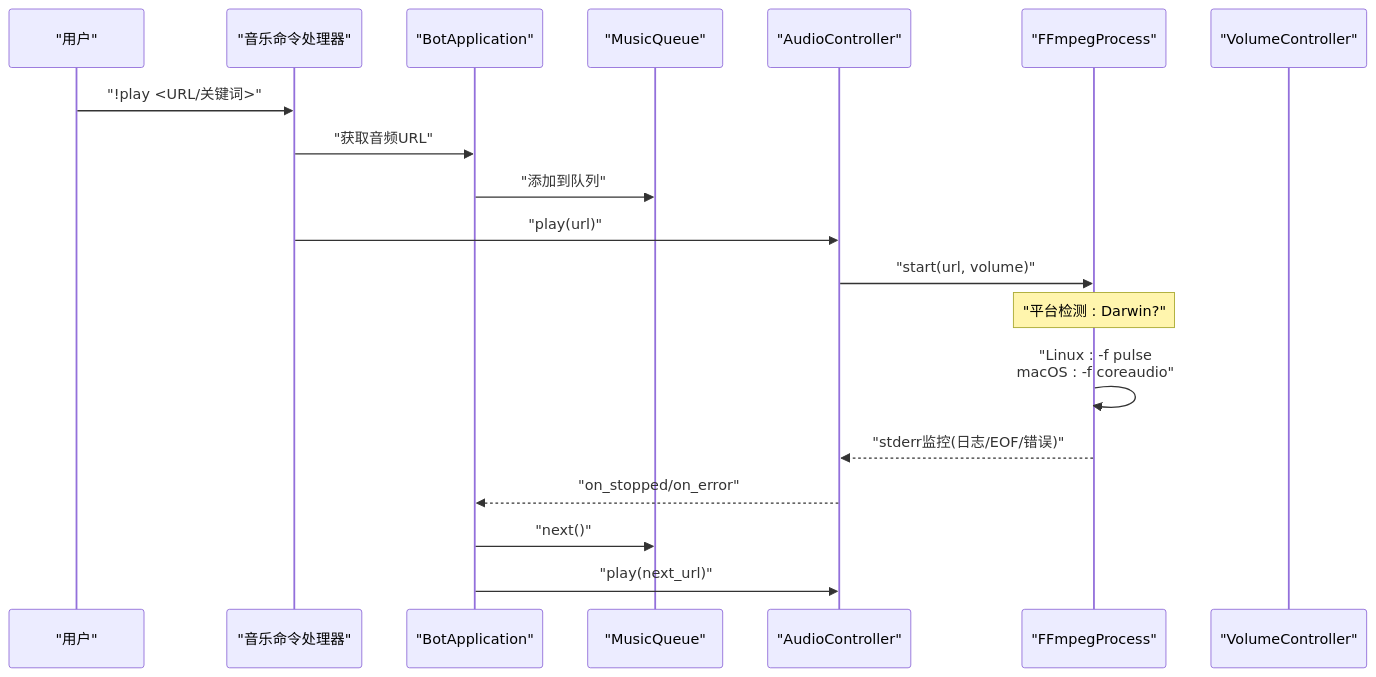
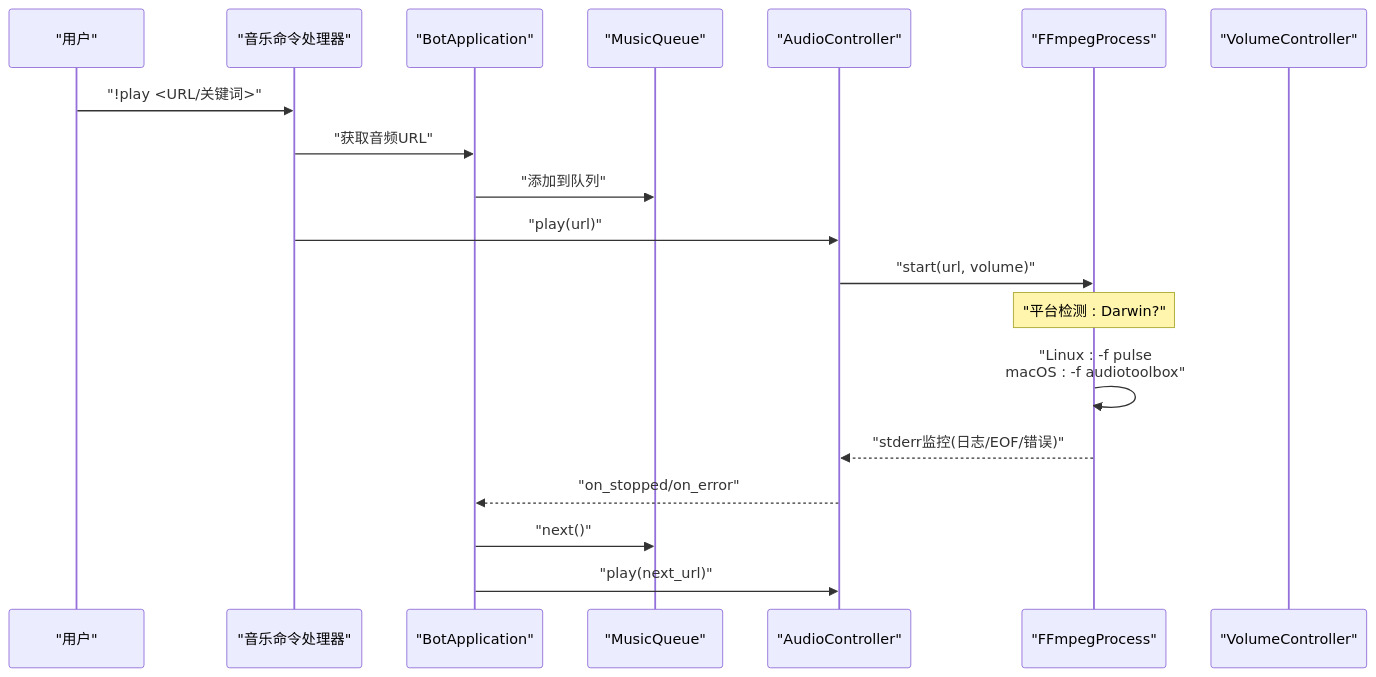
One commit to GhoulOwl/Teamspeak3_Bot changed the second of 7 diagrams in .qoder/repowiki/zh/content/音乐播放系统/FFmpeg集成.md. Above: the diagram before and after it, drawn with Mermaid. The commit also changed other lines of this file and 6 other files, not shown here.

````diff
--- a/.qoder/repowiki/zh/content/音乐播放系统/FFmpeg集成.md
+++ b/.qoder/repowiki/zh/content/音乐播放系统/FFmpeg集成.md
@@ -103,21 +103,21 @@
 ```mermaid
 sequenceDiagram
 participant U as "用户"
 participant CMD as "音乐命令处理器"
 participant APP as "BotApplication"
 participant MQ as "MusicQueue"
 participant AC as "AudioController"
 participant FF as "FFmpegProcess"
 participant VC as "VolumeController"
 U->>CMD : "!play <URL/关键词>"
 CMD->>APP : "获取音频URL"
 APP->>MQ : "添加到队列"
 CMD->>AC : "play(url)"
 AC->>FF : "start(url, volume)"
 Note over FF : "平台检测 : Darwin?"
-FF->>FF : "Linux : -f pulse<br/>macOS : -f coreaudio"
+FF->>FF : "Linux : -f pulse<br/>macOS : -f audiotoolbox"
 FF-->>AC : "stderr监控(日志/EOF/错误)"
 AC-->>APP : "on_stopped/on_error"
 APP->>MQ : "next()"
 APP->>AC : "play(next_url)"
 ```
````
